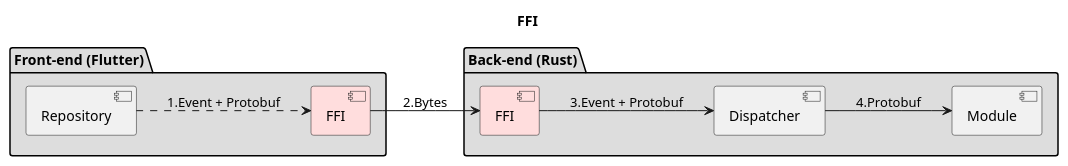
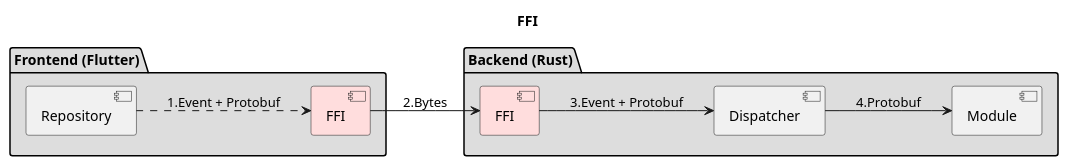
Before and after one commit to AppFlowy-IO/AppFlowy-Docs: the first of 2 diagrams in uml/rust_classes/event_map.plantuml, drawn with PlantUML. The commit also changed other lines of this file and 16 other files, not shown here.

```diff
--- a/uml/rust_classes/event_map.plantuml
+++ b/uml/rust_classes/event_map.plantuml
@@ -1,21 +1,21 @@
 @startuml FlowySDK
 title FFI
 left to right direction
 skinparam linetype polyline
 
-package "Front-end (Flutter)" #DDDDDD {
+package "Frontend (Flutter)" #DDDDDD {
     component Repository_A as "Repository"
     component FFI_Frontend as "FFI" #FFDDDD
 }
 
-package "Back-end (Rust)" #DDDDDD {
+package "Backend (Rust)" #DDDDDD {
     component FFI_Backend as "FFI" #FFDDDD
     component Dispatcher
     component Module
 }
 
 Repository_A ..> FFI_Frontend : 1.Event + Protobuf
 FFI_Frontend --> FFI_Backend : 2.Bytes
 FFI_Backend --> Dispatcher : 3.Event + Protobuf
 Dispatcher --> Module: 4.Protobuf
 @enduml
```
